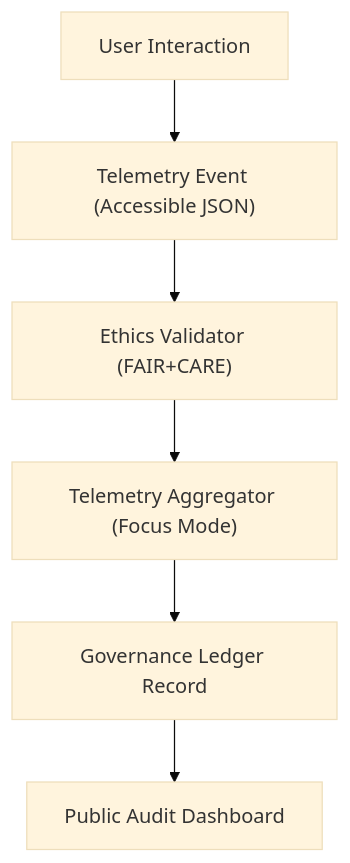
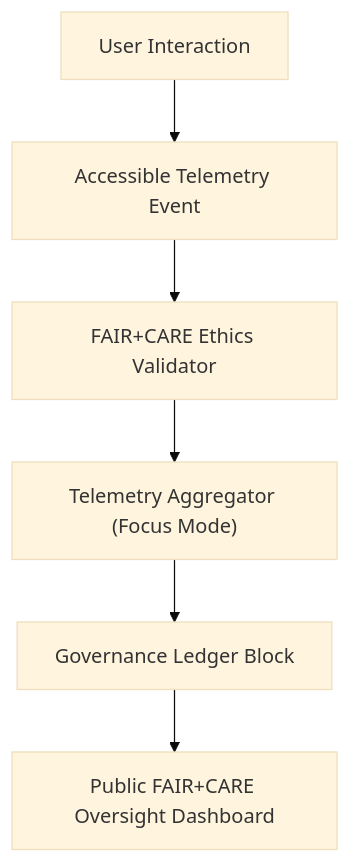
The diagram in docs/accessibility/patterns/automation-telemetry.md (bartytime4life/Kansas-Frontier-Matrix), drawn with Mermaid (base theme) before and after one commit. The commit also changed other lines of this file, not shown here.

````diff
--- a/docs/accessibility/patterns/automation-telemetry.md
+++ b/docs/accessibility/patterns/automation-telemetry.md
@@ -112,8 +176,8 @@
 ```mermaid
 flowchart TD
-  A["User Interaction"] --> B["Telemetry Event (Accessible JSON)"]
-  B --> C["Ethics Validator (FAIR+CARE)"]
+  A["User Interaction"] --> B["Accessible Telemetry Event"]
+  B --> C["FAIR+CARE Ethics Validator"]
   C --> D["Telemetry Aggregator (Focus Mode)"]
-  D --> E["Governance Ledger Record"]
-  E --> F["Public Audit Dashboard"]
+  D --> E["Governance Ledger Block"]
+  E --> F["Public FAIR+CARE Oversight Dashboard"]
 ```
````
